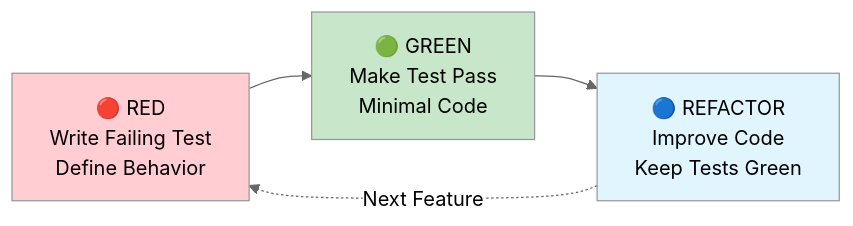
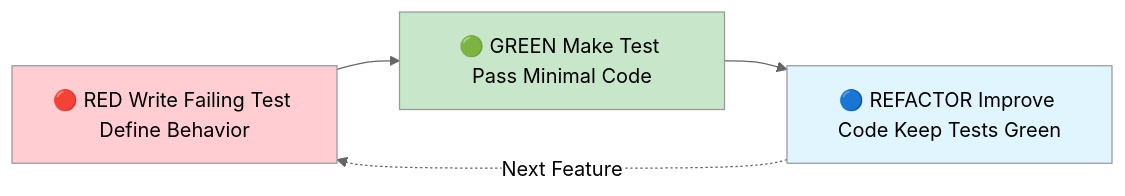
The second of 15 diagrams in wiki/Testing-Strategy.md (softwarewrighter/ui-test-rs), drawn with Mermaid (neutral theme) before and after one commit. The commit also changed other lines of this file and 10 other files, not shown here.

First line of the commit message:
Fix wiki Mermaid diagrams: remove <br/> tags

````diff
--- a/wiki/Testing-Strategy.md
+++ b/wiki/Testing-Strategy.md
@@ -33,14 +33,14 @@
 ```mermaid
 flowchart LR
-    Red[🔴 RED<br/>Write Failing Test<br/>Define Behavior]
-    Green[🟢 GREEN<br/>Make Test Pass<br/>Minimal Code]
-    Refactor[🔵 REFACTOR<br/>Improve Code<br/>Keep Tests Green]
+    Red[🔴 RED Write Failing Test Define Behavior]
+    Green[🟢 GREEN Make Test Pass Minimal Code]
+    Refactor[🔵 REFACTOR Improve Code Keep Tests Green]
 
     Red --> Green
     Green --> Refactor
     Refactor -.->|Next Feature| Red
 
     style Red fill:#ffcdd2
     style Green fill:#c8e6c9
     style Refactor fill:#e1f5ff
 ```
````
